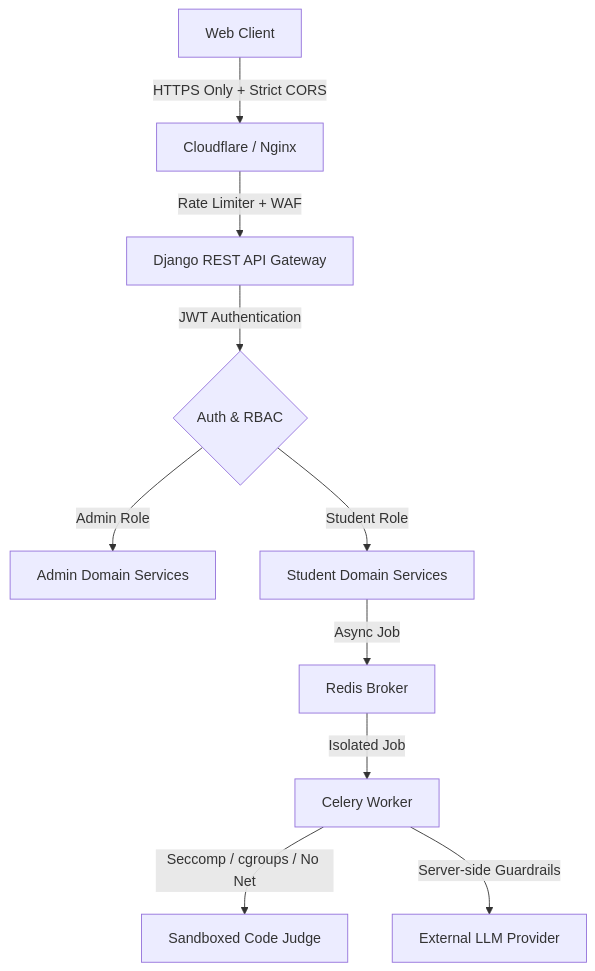
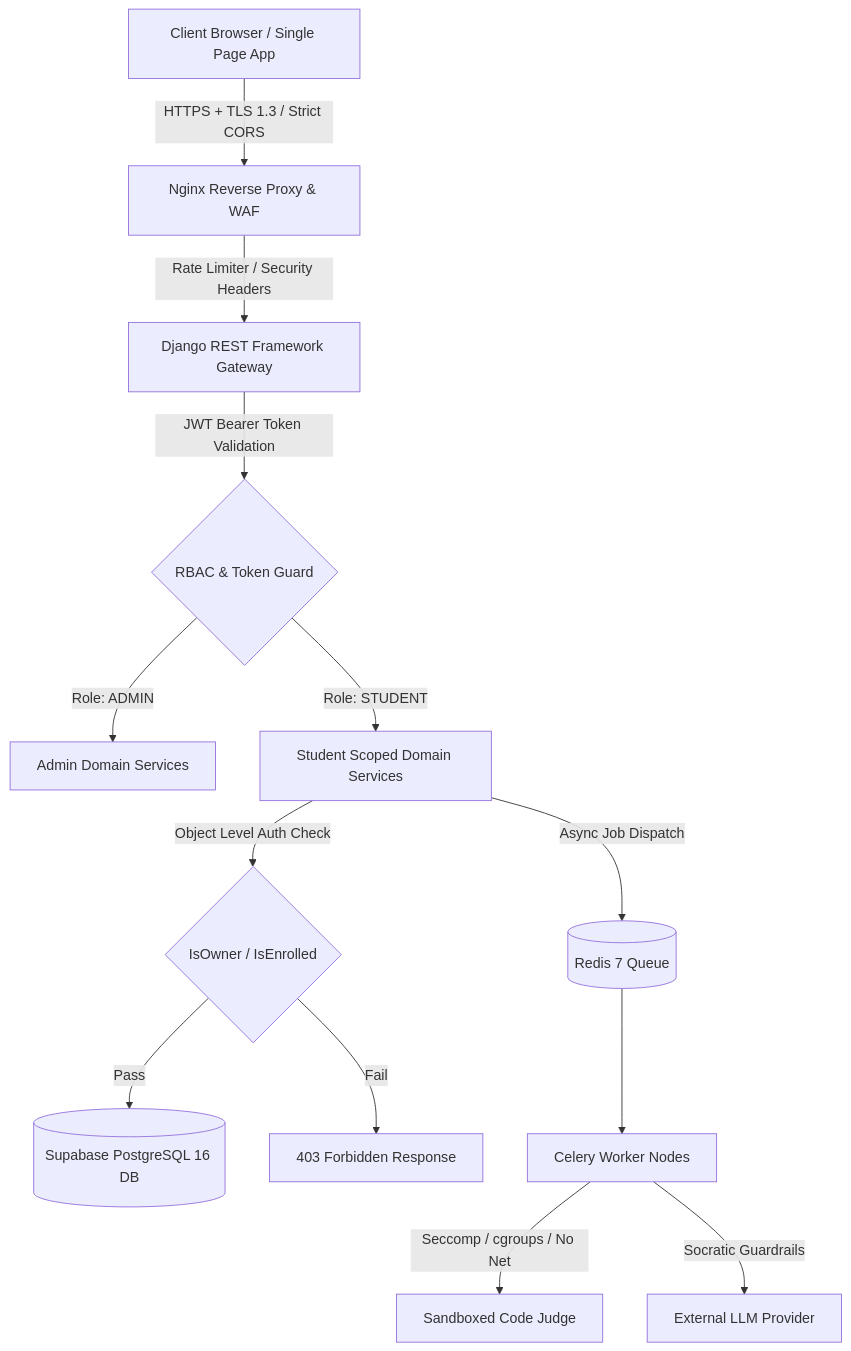
The diagram in docs/security.md (bharathroyal918/gqt-student), drawn with Mermaid before and after one commit. The commit also changed other lines of this file and 54 other files, not shown here.

````diff
--- a/docs/security.md
+++ b/docs/security.md
@@ -7,12 +9,18 @@
 ```mermaid
 graph TD
-    Client[Web Client] -->|HTTPS Only + Strict CORS| CDN[Cloudflare / Nginx]
-    CDN -->|Rate Limiter + WAF| API[Django REST API Gateway]
-    API -->|JWT Authentication| AuthCheck{Auth & RBAC}
-    AuthCheck -->|Admin Role| AdminServices[Admin Domain Services]
-    AuthCheck -->|Student Role| StudentServices[Student Domain Services]
-    StudentServices -->|Async Job| Queue[Redis Broker]
-    Queue -->|Isolated Job| Worker[Celery Worker]
+    Client[Client Browser / Single Page App] -->|HTTPS + TLS 1.3 / Strict CORS| Nginx[Nginx Reverse Proxy & WAF]
+    Nginx -->|Rate Limiter / Security Headers| API[Django REST Framework Gateway]
+    API -->|JWT Bearer Token Validation| AuthGuard{RBAC & Token Guard}
+    
+    AuthGuard -->|Role: ADMIN| AdminServices[Admin Domain Services]
+    AuthGuard -->|Role: STUDENT| StudentServices[Student Scoped Domain Services]
+    
+    StudentServices -->|Object Level Auth Check| ResourceCheck{IsOwner / IsEnrolled}
+    ResourceCheck -->|Pass| SupabaseDB[(Supabase PostgreSQL 16 DB)]
+    ResourceCheck -->|Fail| Forbidden[403 Forbidden Response]
+    
+    StudentServices -->|Async Job Dispatch| RedisBroker[(Redis 7 Queue)]
+    RedisBroker --> Worker[Celery Worker Nodes]
     Worker -->|Seccomp / cgroups / No Net| Sandbox[Sandboxed Code Judge]
-    Worker -->|Server-side Guardrails| LLM[External LLM Provider]
+    Worker -->|Socratic Guardrails| LLM[External LLM Provider]
 ```
````
